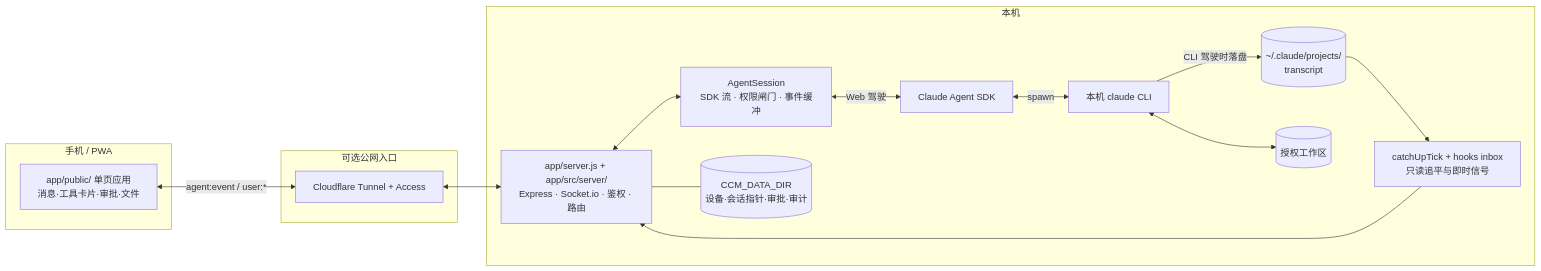
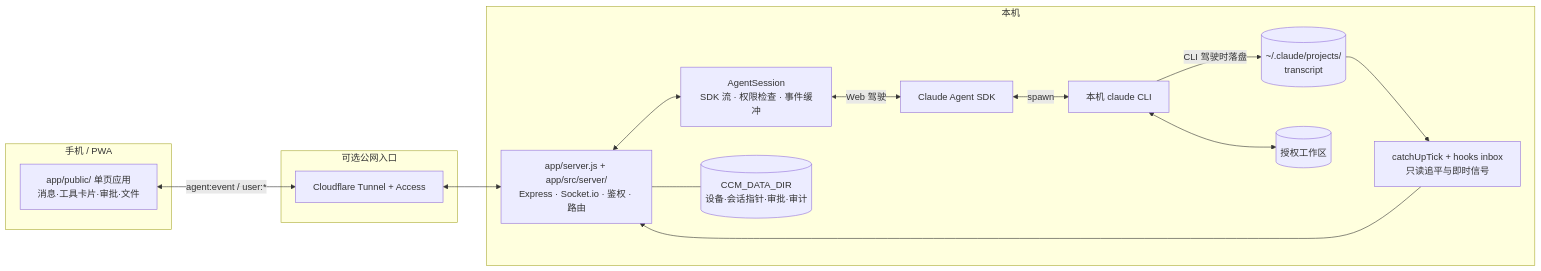
One commit to Ike-li/claude-chat-mobile changed the diagram in docs/architecture.md. Above: the diagram before and after it, drawn with Mermaid. The commit also changed other lines of this file and 19 other files, not shown here.

````diff
--- a/docs/architecture.md
+++ b/docs/architecture.md
@@ -20,27 +22,27 @@
 ```mermaid
 graph LR
     subgraph Phone["手机 / PWA"]
         UI["app/public/ 单页应用<br/>消息·工具卡片·审批·文件"]
     end
     subgraph Edge["可选公网入口"]
         CF["Cloudflare Tunnel + Access"]
     end
     subgraph Host["本机"]
         S["app/server.js + app/src/server/<br/>Express · Socket.io · 鉴权 · 路由"]
-        A["AgentSession<br/>SDK 流 · 权限闸门 · 事件缓冲"]
+        A["AgentSession<br/>SDK 流 · 权限检查 · 事件缓冲"]
         SDK["Claude Agent SDK"]
         CLI["本机 claude CLI"]
         T[("~/.claude/projects/<br/>transcript")]
         H["catchUpTick + hooks inbox<br/>只读追平与即时信号"]
         D[("CCM_DATA_DIR<br/>设备·会话指针·审批·审计")]
         FS[("授权工作区")]
     end
 
     UI <-->|"agent:event / user:*"| CF <--> S
     S <--> A
     A <-->|"Web 驾驶"| SDK <-->|spawn| CLI
     CLI <--> FS
     CLI -->|"CLI 驾驶时落盘"| T
     T --> H --> S
     S --- D
 ```
````
